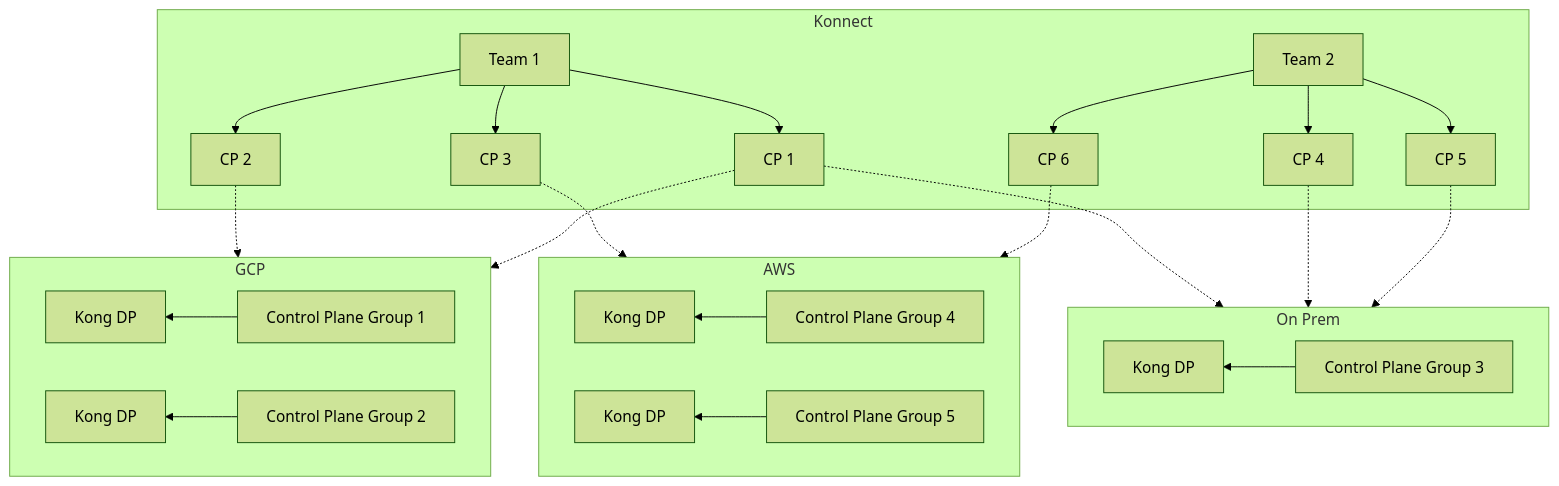
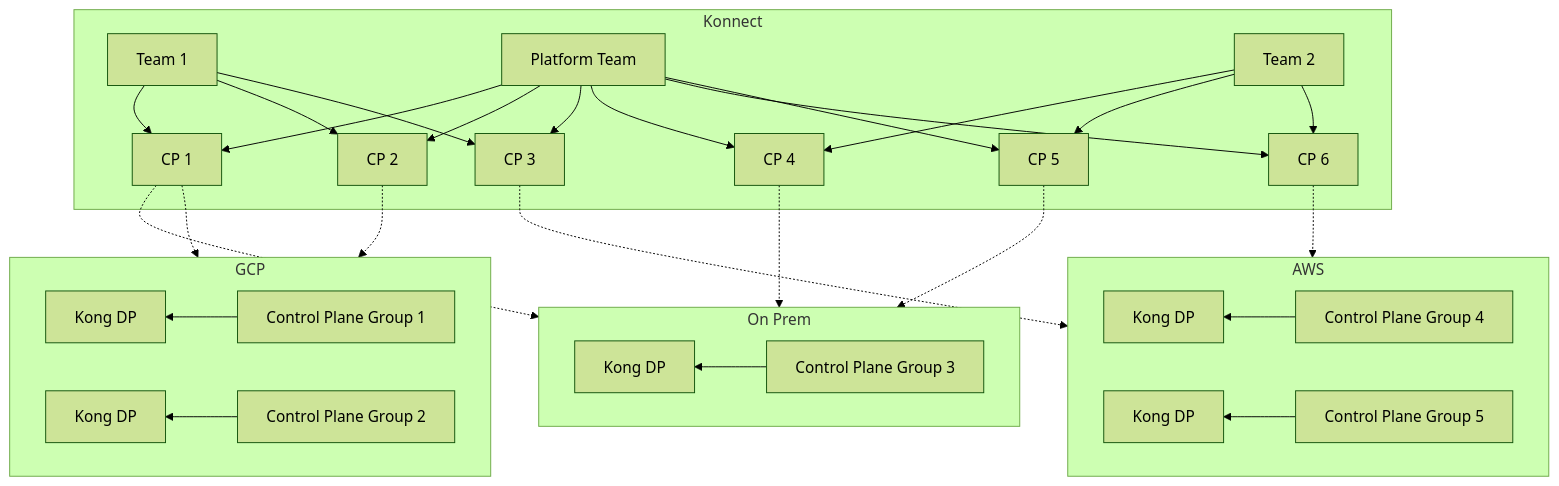
The second of 3 diagrams in README.md (pantsel/konnect-platform-ops-demo), drawn with Mermaid (forest theme) before and after one commit. The commit also changed other lines of this file and 6 other files, not shown here.

````diff
--- a/README.md
+++ b/README.md
@@ -256,56 +269,62 @@
 ```mermaid
 graph TD;
   subgraph Konnect
       A[Team 1]
+      S[Platform Team]
       B[Team 2]
       C[CP 1]
       D[CP 2]
       E[CP 3]
       F[CP 4]
       G[CP 5]
       H[CP 6]
     end
 
     subgraph GCP
       direction RL
         I[ Control Plane Group 1]
         J[ Control Plane Group 2]
         N[Kong DP]
         O[Kong DP]
     end
 
 
     subgraph On Prem
       direction RL
         K[ Control Plane Group 3]
         P[Kong DP]
     end
 
     subgraph AWS
       direction RL
         L[ Control Plane Group 4]
         M[ Control Plane Group 5]
         Q[Kong DP]
         R[Kong DP]
     end
-
+    S --> C
+    S --> D
+    S --> E
+    S --> F
+    S --> H
+    S --> G
     A --> C
     A --> D
     A --> E
     B --> F
     B --> G
     B --> H
     C -.-> K
     E -.-> L
     F -.-> K
     G -.-> K
     H -.-> M
     D -.-> J
     C -.-> I
     I --> N
     J --> O
     K --> P
     L --> Q
     M --> R
 
 ```
````
